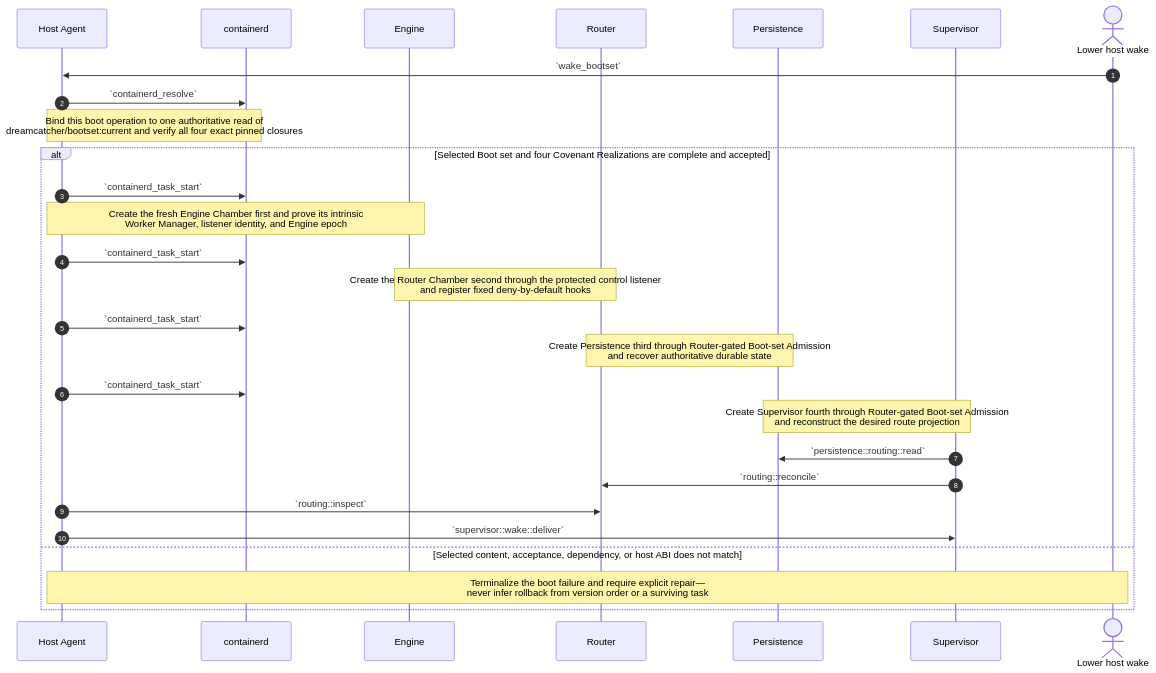
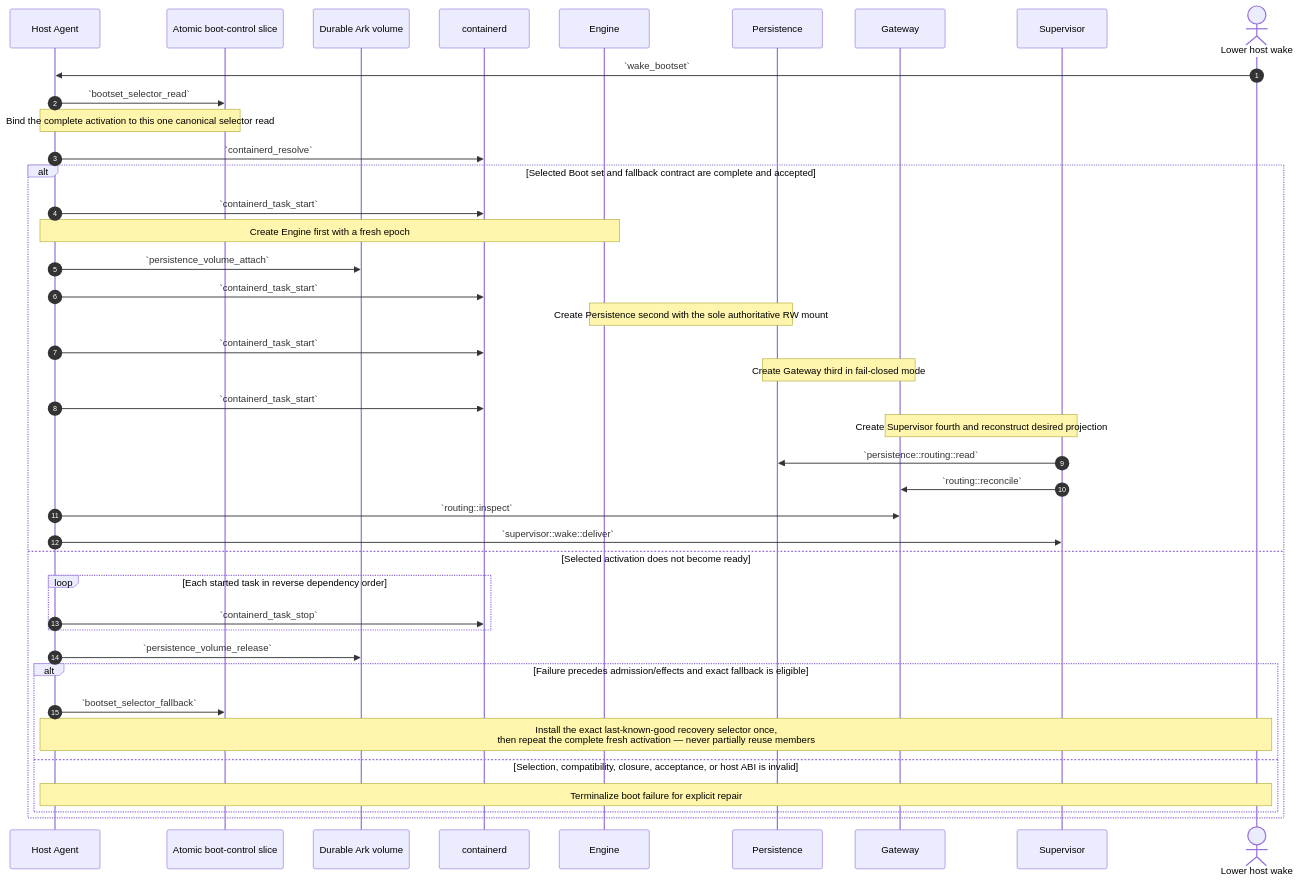
Before and after one commit to dreamcatcher-tech/chambers-lifecycle-explorer: the sixth of 18 diagrams in source/chambers-lifecycle-sequences.md, drawn with Mermaid. The commit also changed other lines of this file and 9 other files, not shown here.

Commit message:
docs: project simplified boot-set lifecycle

````diff
--- a/source/chambers-lifecycle-sequences.md
+++ b/source/chambers-lifecycle-sequences.md
@@ -1019,31 +1074,44 @@
 ```mermaid
 sequenceDiagram
     autonumber
     participant HostAgent as Host Agent
+    participant BootControl as Atomic boot-control slice
+    participant Volume as Durable Ark volume
     participant containerd
     participant Engine
-    participant Router as Router
     participant Persistence
+    participant Gateway
     participant Supervisor
     actor Host as Lower host wake
 
     Host->>HostAgent: `wake_bootset`
+    HostAgent->>BootControl: `bootset_selector_read`
+    Note over HostAgent,BootControl: Bind the complete activation to this one canonical selector read
     HostAgent->>containerd: `containerd_resolve`
-    Note over HostAgent,containerd: Bind this boot operation to one authoritative read of<br/>dreamcatcher/bootset:current and verify all four exact pinned closures
-    alt Selected Boot set and four Covenant Realizations are complete and accepted
+    alt Selected Boot set and fallback contract are complete and accepted
         HostAgent->>containerd: `containerd_task_start`
-        Note over HostAgent,Engine: Create the fresh Engine Chamber first and prove its intrinsic<br/>Worker Manager, listener identity, and Engine epoch
+        Note over HostAgent,Engine: Create Engine first with a fresh epoch
+        HostAgent->>Volume: `persistence_volume_attach`
         HostAgent->>containerd: `containerd_task_start`
-        Note over Engine,Router: Create the Router Chamber second through the protected control listener<br/>and register fixed deny-by-default hooks
+        Note over Engine,Persistence: Create Persistence second with the sole authoritative RW mount
         HostAgent->>containerd: `containerd_task_start`
-        Note over Router,Persistence: Create Persistence third through Router-gated Boot-set Admission<br/>and recover authoritative durable state
+        Note over Persistence,Gateway: Create Gateway third in fail-closed mode
         HostAgent->>containerd: `containerd_task_start`
-        Note over Persistence,Supervisor: Create Supervisor fourth through Router-gated Boot-set Admission<br/>and reconstruct the desired route projection
+        Note over Gateway,Supervisor: Create Supervisor fourth and reconstruct desired projection
         Supervisor->>Persistence: `persistence::routing::read`
-        Supervisor->>Router: `routing::reconcile`
-        HostAgent->>Router: `routing::inspect`
+        Supervisor->>Gateway: `routing::reconcile`
+        HostAgent->>Gateway: `routing::inspect`
         HostAgent->>Supervisor: `supervisor::wake::deliver`
-    else Selected content, acceptance, dependency, or host ABI does not match
-        Note over HostAgent,Host: Terminalize the boot failure and require explicit repair—<br/>never infer rollback from version order or a surviving task
+    else Selected activation does not become ready
+        loop Each started task in reverse dependency order
+            HostAgent->>containerd: `containerd_task_stop`
+        end
+        HostAgent->>Volume: `persistence_volume_release`
+        alt Failure precedes admission/effects and exact fallback is eligible
+            HostAgent->>BootControl: `bootset_selector_fallback`
+            Note over HostAgent,Host: Install the exact last-known-good recovery selector once,<br/>then repeat the complete fresh activation — never partially reuse members
+        else Selection, compatibility, closure, acceptance, or host ABI is invalid
+            Note over HostAgent,Host: Terminalize boot failure for explicit repair
+        end
     end
 ```
````
